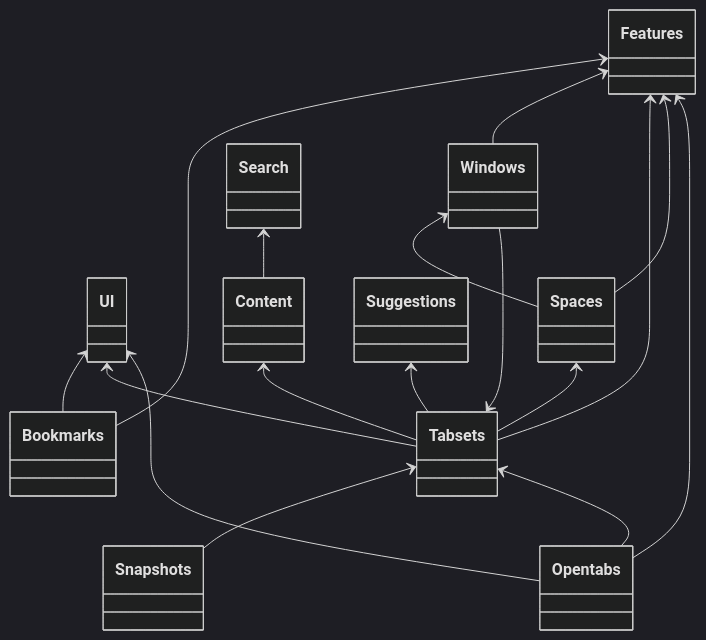
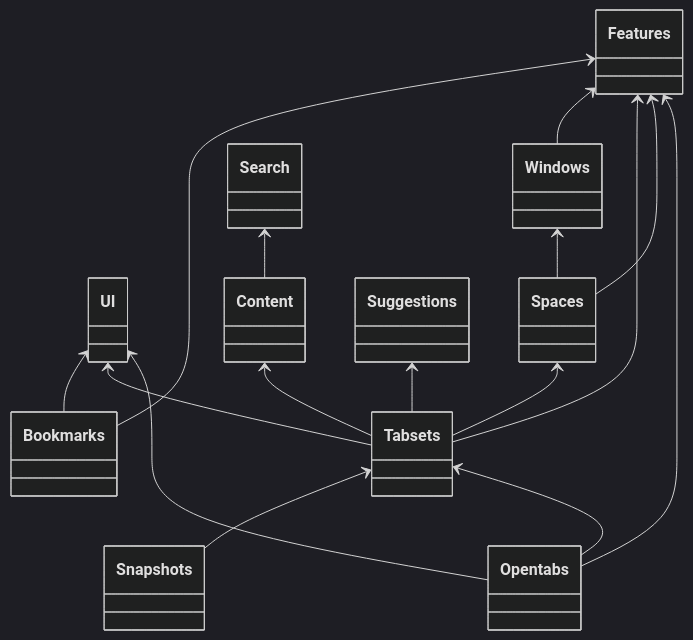
One commit to evandor/tabsets changed the diagram in docs/submodules/index.md. Above: the diagram before and after it, drawn with Mermaid (dark theme).

Commit message:
less dependencies for windows on tabsets

````diff
--- a/docs/submodules/index.md
+++ b/docs/submodules/index.md
@@ -14,36 +14,36 @@
 ```mermaid
 classDiagram
 %%  Core <-- Features
 
   Features <-- Bookmarks
   UI <-- Bookmarks
 
   Features <-- Windows
-  Tabsets <-- Windows
+%%  Tabsets <-- Windows
 
 %%  Tabsets <-- Thumbnails
 %%  Windows <-- Thumbnails
 
   Content <-- Tabsets
   Features <-- Tabsets
 %%  Search <-- Tabsets
   Spaces <-- Tabsets
   Suggestions <-- Tabsets
 %%  Bookmarks <-- Tabsets
   UI <-- Tabsets
 
   Features <-- Spaces
   Windows <-- Spaces
 
 %%  Bookmarks <-- Search
 
   Search <-- Content
 
   Tabsets <-- Snapshots
 
   UI <-- Opentabs
   Tabsets <-- Opentabs
   Features <-- Opentabs
 
 
 ```
````
